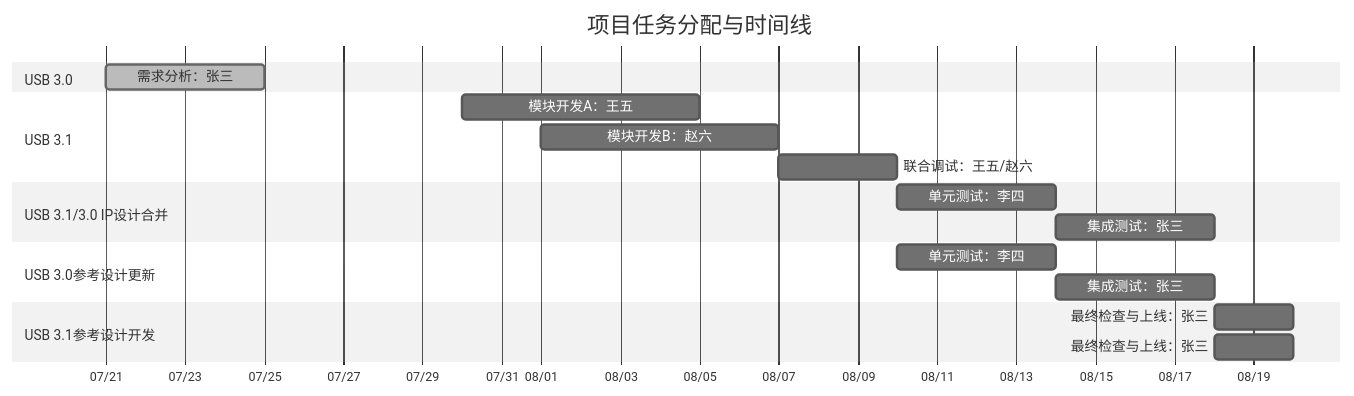
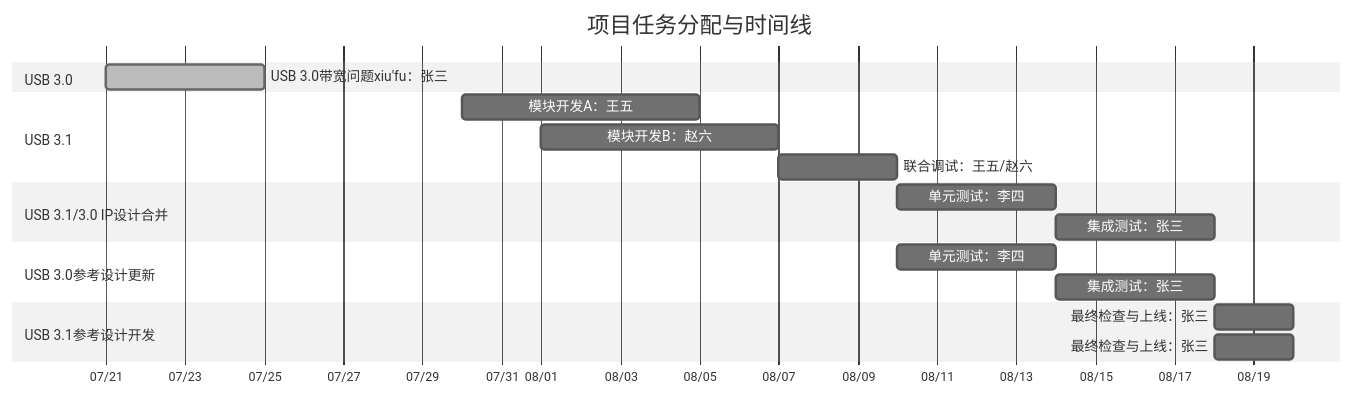
Before and after one commit to winsonbook/iodraw-files: the diagram in all/未命名.md, drawn with Mermaid (neutral theme).

Commit message:
2025-07-21 09:42:08 update

````diff
--- a/all/未命名.md
+++ b/all/未命名.md
@@ -1,29 +1,29 @@
 ```mermaid
 gantt
     title 项目任务分配与时间线
     dateFormat  YYYY-MM-DD
     axisFormat  %m/%d
 
     section USB 3.0
-    需求分析：张三       :done,    task1, 2025-07-21, 4d
+    USB 3.0带宽问题xiu'fu：张三       :done,    task1, 2025-07-21, 4d
 
     section USB 3.1
     模块开发A：王五      :         task3, 2025-07-30, 6d
     模块开发B：赵六      :         task4, 2025-08-01, 6d
     联合调试：王五/赵六  :         task5, 2025-08-07, 3d
 
     section USB 3.1/3.0 IP设计合并
     单元测试：李四       :         task6, 2025-08-10, 4d
     集成测试：张三       :         task7, 2025-08-14, 4d
 
     section USB 3.0参考设计更新
     单元测试：李四       :         task6, 2025-08-10, 4d
     集成测试：张三       :         task7, 2025-08-14, 4d
 
     section USB 3.1参考设计开发
     最终检查与上线：张三 :         task8, 2025-08-18, 2d
 
     section USB 3.1参考设计开发
     最终检查与上线：张三 :         task8, 2025-08-18, 2d
 
 ```
````
